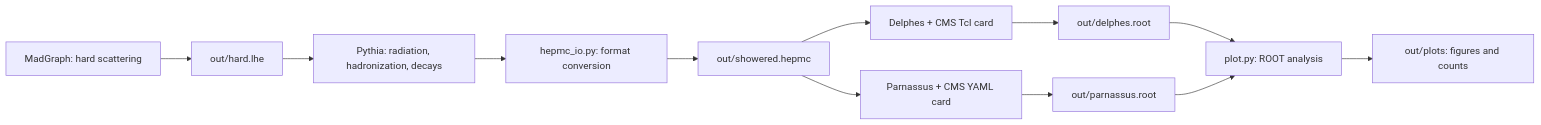
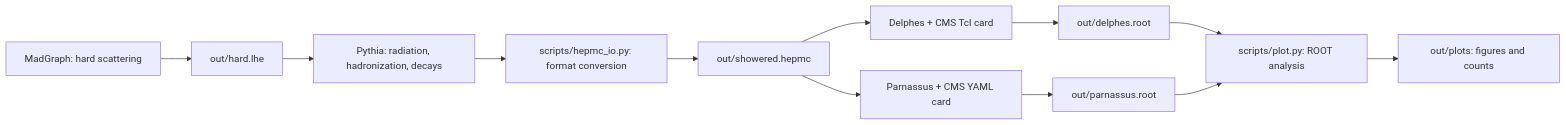
One commit to RuneTan/detector-learning changed the diagram in docs/handbook.md. Above: the diagram before and after it, drawn with Mermaid. The commit also changed other lines of this file and 22 other files, not shown here.

````diff
--- a/docs/handbook.md
+++ b/docs/handbook.md
@@ -15,14 +15,14 @@
 ```mermaid
 flowchart LR
     MG["MadGraph: hard scattering"] --> LHE["out/hard.lhe"]
     LHE --> PY["Pythia: radiation, hadronization, decays"]
-    PY --> IO["hepmc_io.py: format conversion"]
+    PY --> IO["scripts/hepmc_io.py: format conversion"]
     IO --> HEP["out/showered.hepmc"]
     HEP --> DEL["Delphes + CMS Tcl card"]
     HEP --> PAR["Parnassus + CMS YAML card"]
     DEL --> DR["out/delphes.root"]
     PAR --> PR["out/parnassus.root"]
-    DR --> PLOT["plot.py: ROOT analysis"]
+    DR --> PLOT["scripts/plot.py: ROOT analysis"]
     PR --> PLOT
     PLOT --> FIG["out/plots: figures and counts"]
 ```
````
